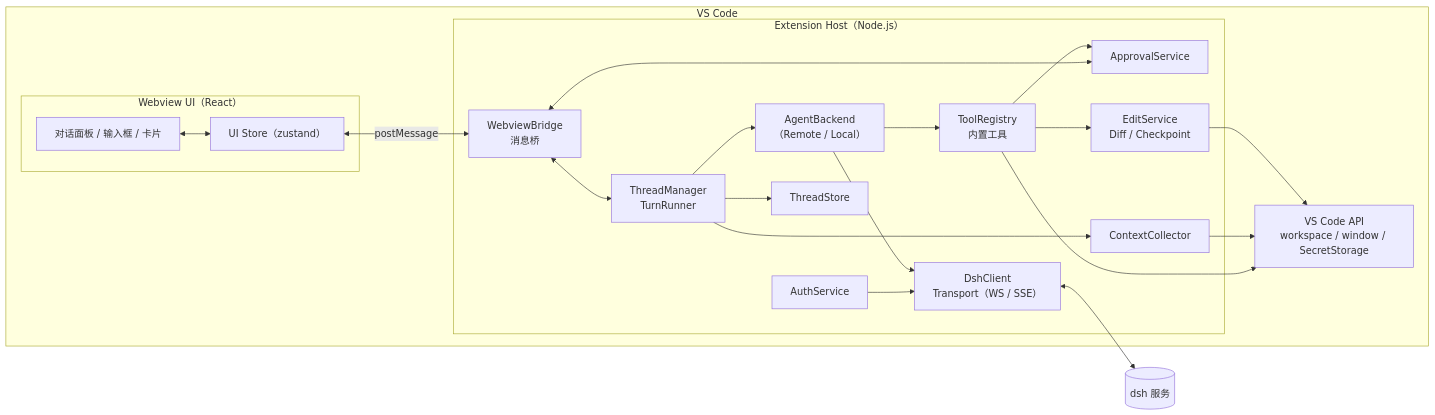
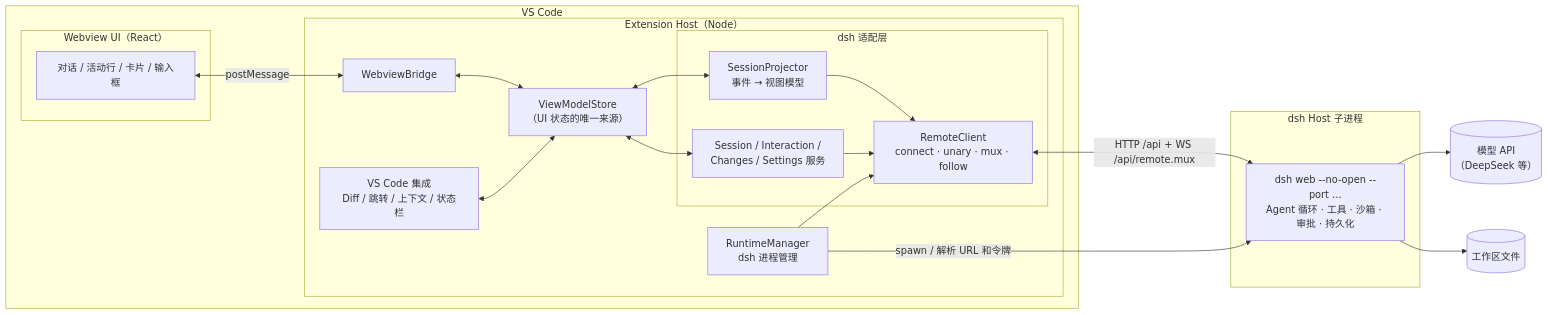
One commit to izrio/dsh-vscode-copilot changed the first of 3 diagrams in docs/DESIGN.md. Above: the diagram before and after it, drawn with Mermaid. The commit also changed other lines of this file and 3 other files, not shown here.

````diff
--- a/docs/DESIGN.md
+++ b/docs/DESIGN.md
@@ -148,43 +200,40 @@
 ```mermaid
 flowchart LR
   subgraph VSCode["VS Code"]
     subgraph Webview["Webview UI（React）"]
-      UI["对话面板 / 输入框 / 卡片"]
-      Store["UI Store（zustand）"]
+      UI["对话 / 活动行 / 卡片 / 输入框"]
     end
 
-    subgraph Host["Extension Host（Node.js）"]
-      Bridge["WebviewBridge<br/>消息桥"]
-      TM["ThreadManager<br/>TurnRunner"]
-      BE["AgentBackend<br/>（Remote / Local）"]
-      Tools["ToolRegistry<br/>内置工具"]
-      Appr["ApprovalService"]
-      Edit["EditService<br/>Diff / Checkpoint"]
-      Ctx["ContextCollector"]
-      Auth["AuthService"]
-      Store2["ThreadStore"]
-      Conn["DshClient<br/>Transport（WS / SSE）"]
+    subgraph Host["Extension Host（Node）"]
+      Bridge["WebviewBridge"]
+      VM["ViewModelStore<br/>（UI 状态的唯一来源）"]
+      subgraph Adapter["dsh 适配层"]
+        Proj["SessionProjector<br/>事件 → 视图模型"]
+        Svc["Session / Interaction /<br/>Changes / Settings 服务"]
+        Client["RemoteClient<br/>connect · unary · mux · follow"]
+      end
+      RT["RuntimeManager<br/>dsh 进程管理"]
+      Int["VS Code 集成<br/>Diff / 跳转 / 上下文 / 状态栏"]
     end
-
-    API["VS Code API<br/>workspace / window / SecretStorage"]
   end
 
-  DSH[("dsh 服务")]
+  subgraph Proc["dsh Host 子进程"]
+    DSH["dsh web --no-open --port …<br/>Agent 循环 · 工具 · 沙箱 · 审批 · 持久化"]
+  end
 
-  UI <--> Store
-  Store <-- postMessage --> Bridge
-  Bridge <--> TM
-  TM --> BE
-  TM --> Ctx
-  TM --> Store2
-  BE --> Conn
-  BE --> Tools
-  Tools --> Appr
-  Tools --> Edit
-  Appr <--> Bridge
-  Conn <--> DSH
-  Auth --> Conn
-  Edit --> API
-  Ctx --> API
-  Tools --> API
+  LLM[("模型 API<br/>（DeepSeek 等）")]
+  FS[("工作区文件")]
+
+  UI <-- postMessage --> Bridge
+  Bridge <--> VM
+  VM <--> Proj
+  VM <--> Svc
+  Proj --> Client
+  Svc --> Client
+  Client <-- "HTTP /api + WS /api/remote.mux" --> DSH
+  RT -- "spawn / 解析 URL 和令牌" --> DSH
+  RT --> Client
+  Int <--> VM
+  DSH --> LLM
+  DSH --> FS
 ```
````
